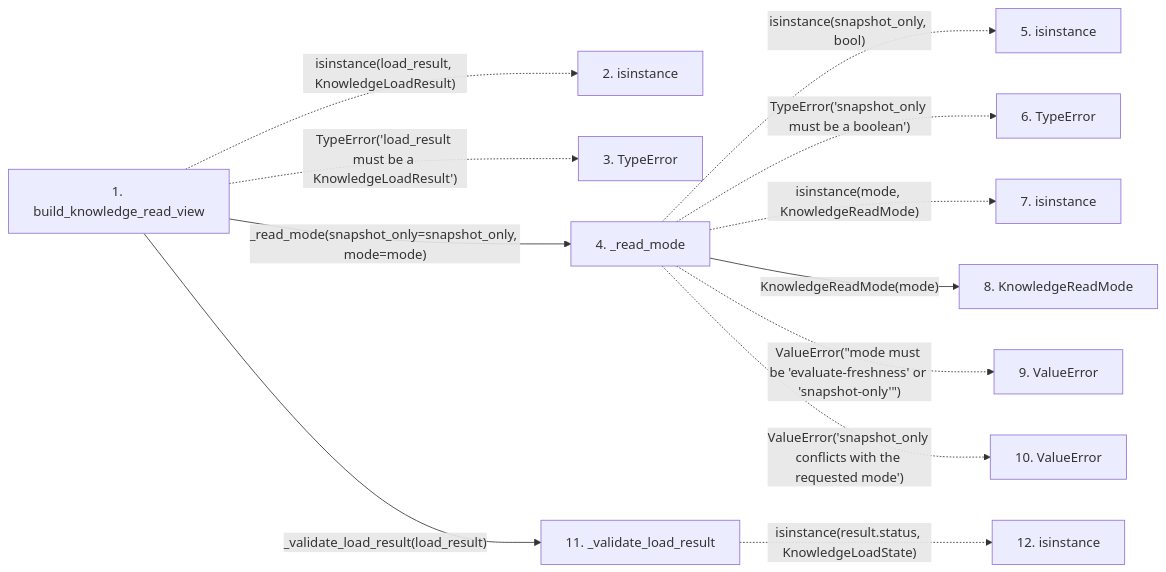
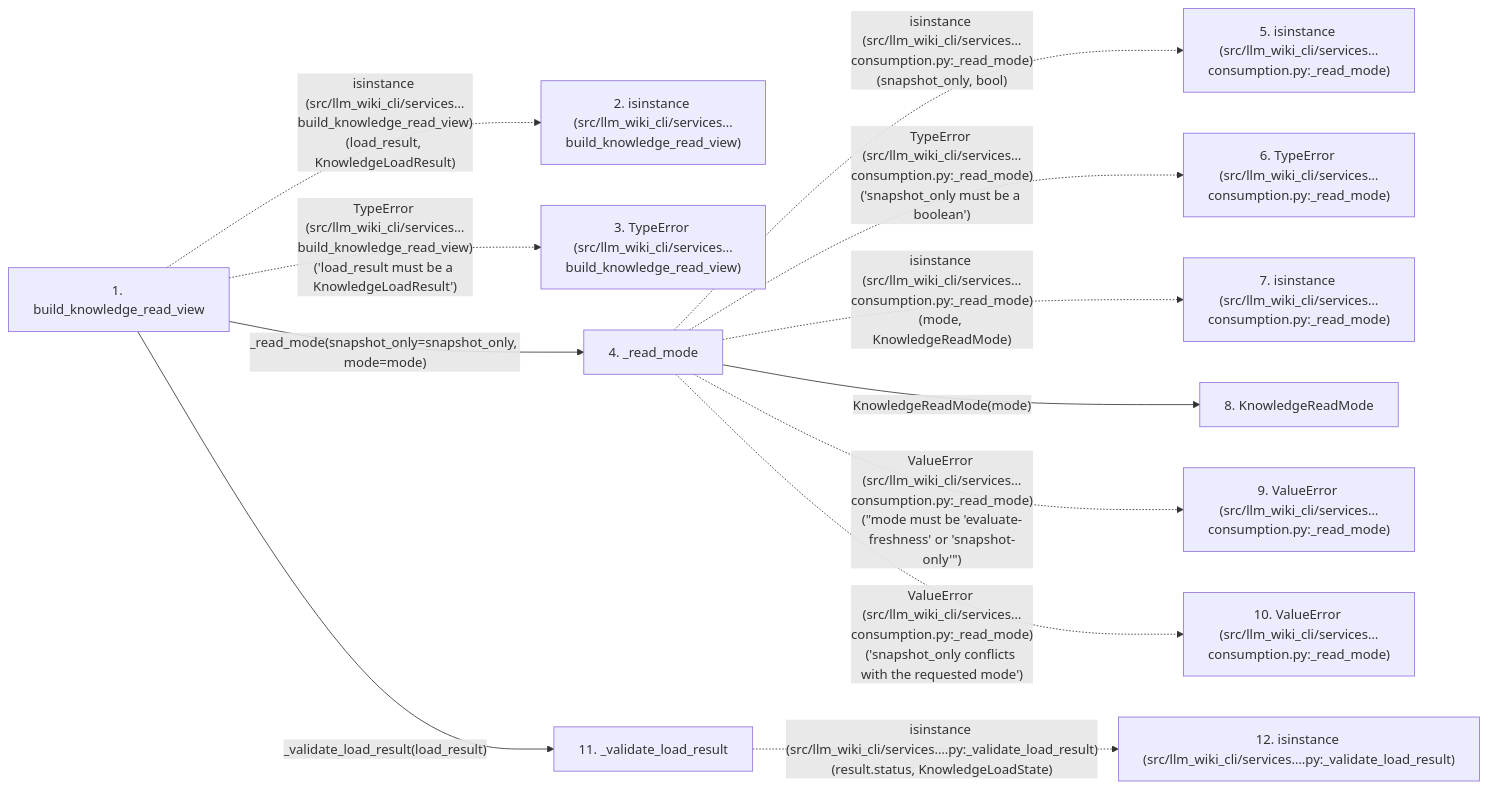
Before and after one commit to Denissvgn/python-wiki-llm: the second of 2 diagrams in docs/llm_wiki/flows/api-build_knowledge_read_view.md, drawn with Mermaid. The commit also changed other lines of this file and 719 other files, not shown here.

````diff
--- a/docs/llm_wiki/flows/api-build_knowledge_read_view.md
+++ b/docs/llm_wiki/flows/api-build_knowledge_read_view.md
@@ -76,30 +81,30 @@
 ```mermaid
 flowchart LR
     s1["1. build_knowledge_read_view"]
-    s2["2. isinstance"]
-    s3["3. TypeError"]
+    s2["2. isinstance (src/llm_wiki_cli/services…build_knowledge_read_view)"]
+    s3["3. TypeError (src/llm_wiki_cli/services…build_knowledge_read_view)"]
     s4["4. _read_mode"]
-    s5["5. isinstance"]
-    s6["6. TypeError"]
-    s7["7. isinstance"]
+    s5["5. isinstance (src/llm_wiki_cli/services…consumption.py:_read_mode)"]
+    s6["6. TypeError (src/llm_wiki_cli/services…consumption.py:_read_mode)"]
+    s7["7. isinstance (src/llm_wiki_cli/services…consumption.py:_read_mode)"]
     s8["8. KnowledgeReadMode"]
-    s9["9. ValueError"]
-    s10["10. ValueError"]
+    s9["9. ValueError (src/llm_wiki_cli/services…consumption.py:_read_mode)"]
+    s10["10. ValueError (src/llm_wiki_cli/services…consumption.py:_read_mode)"]
     s11["11. _validate_load_result"]
-    s12["12. isinstance"]
-    s1 -. "isinstance(load_result, KnowledgeLoadResult)" .-> s2
-    s1 -. "TypeError('load_result must be a KnowledgeLoadResult')" .-> s3
+    s12["12. isinstance (src/llm_wiki_cli/services….py:_validate_load_result)"]
+    s1 -. "isinstance (src/llm_wiki_cli/services…build_knowledge_read_view)(load_result, KnowledgeLoadResult)" .-> s2
+    s1 -. "TypeError (src/llm_wiki_cli/services…build_knowledge_read_view)('load_result must be a KnowledgeLoadResult')" .-> s3
     s1 -->|"_read_mode(snapshot_only=snapshot_only, mode=mode)"| s4
-    s4 -. "isinstance(snapshot_only, bool)" .-> s5
-    s4 -. "TypeError('snapshot_only must be a boolean')" .-> s6
-    s4 -. "isinstance(mode, KnowledgeReadMode)" .-> s7
+    s4 -. "isinstance (src/llm_wiki_cli/services…consumption.py:_read_mode)(snapshot_only, bool)" .-> s5
+    s4 -. "TypeError (src/llm_wiki_cli/services…consumption.py:_read_mode)('snapshot_only must be a boolean')" .-> s6
+    s4 -. "isinstance (src/llm_wiki_cli/services…consumption.py:_read_mode)(mode, KnowledgeReadMode)" .-> s7
     s4 -->|"KnowledgeReadMode(mode)"| s8
-    s4 -. "ValueError(#34;mode must be 'evaluate-freshness' or 'snapshot-only'#34;)" .-> s9
-    s4 -. "ValueError('snapshot_only conflicts with the requested mode')" .-> s10
+    s4 -. "ValueError (src/llm_wiki_cli/services…consumption.py:_read_mode)(#34;mode must be 'evaluate-freshness' or 'snapshot-only'#34;)" .-> s9
+    s4 -. "ValueError (src/llm_wiki_cli/services…consumption.py:_read_mode)('snapshot_only conflicts with the requested mode')" .-> s10
     s1 -->|"_validate_load_result(load_result)"| s11
-    s11 -. "isinstance(result.status, KnowledgeLoadState)" .-> s12
+    s11 -. "isinstance (src/llm_wiki_cli/services….py:_validate_load_result)(result.status, KnowledgeLoadState)" .-> s12
     click s1 "../modules/knowledge_consumption.md"
     click s4 "../modules/knowledge_consumption.md"
     click s8 "../modules/knowledge_consumption.md"
     click s11 "../modules/knowledge_consumption.md"
 ```
````
